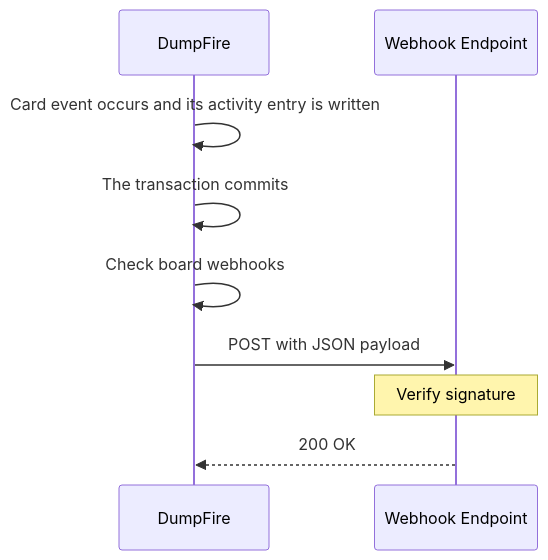
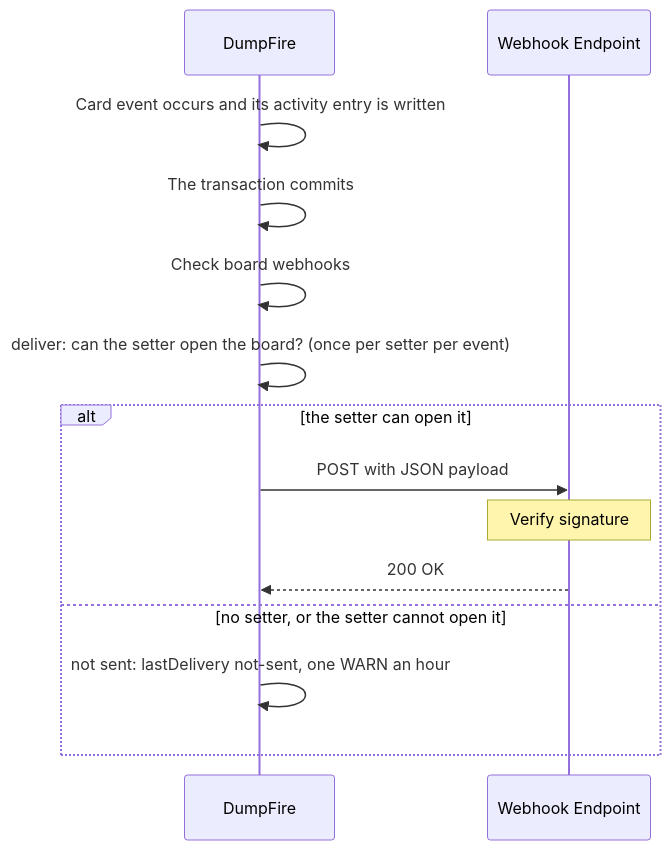
Diagram 20 of 22 in docs/notifications-email.md (gitBoon/DumpFire), drawn with Mermaid before and after one commit. The commit also changed other lines of this file and 18 other files, not shown here.

````diff
--- a/docs/notifications-email.md
+++ b/docs/notifications-email.md
@@ -1499,12 +1526,17 @@
 ```mermaid
 sequenceDiagram
     participant S as DumpFire
     participant W as Webhook Endpoint
 
     S->>S: Card event occurs and its activity entry is written
     S->>S: The transaction commits
     S->>S: Check board webhooks
-    S->>W: POST with JSON payload
-    Note over W: Verify signature
-    W-->>S: 200 OK
+    S->>S: deliver: can the setter open the board? (once per setter per event)
+    alt the setter can open it
+        S->>W: POST with JSON payload
+        Note over W: Verify signature
+        W-->>S: 200 OK
+    else no setter, or the setter cannot open it
+        S->>S: not sent: lastDelivery not-sent, one WARN an hour
+    end
 ```
````
